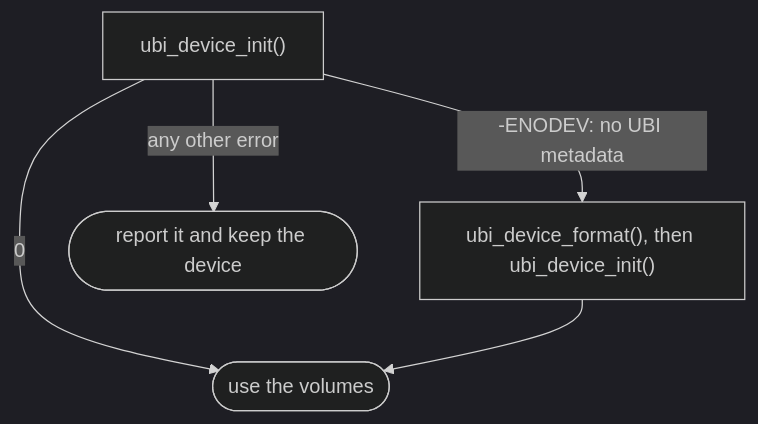
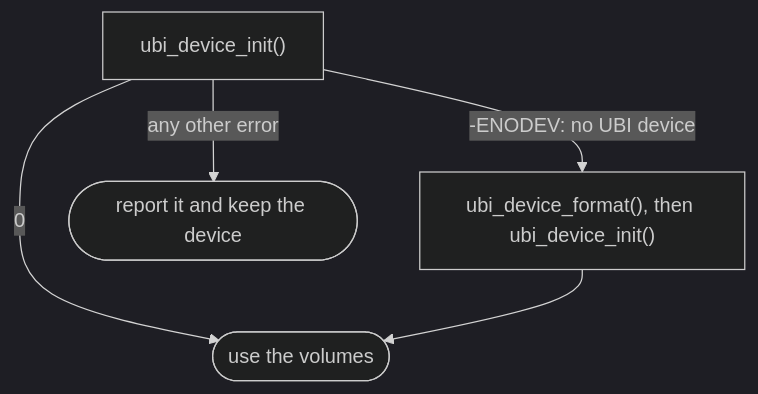
One commit to kamil-kielbasa/zephyr-ubi changed the diagram in docs/examples.md. Above: the diagram before and after it, drawn with Mermaid (dark theme). The commit also changed other lines of this file and 19 other files, not shown here.

````diff
--- a/docs/examples.md
+++ b/docs/examples.md
@@ -68,7 +68,7 @@
 ```mermaid
 flowchart TD
     init["ubi_device_init()"] -->|"0"| use(["use the volumes"])
-    init -->|"-ENODEV: no UBI metadata"| format["ubi_device_format(), then ubi_device_init()"]
+    init -->|"-ENODEV: no UBI device"| format["ubi_device_format(), then ubi_device_init()"]
     format --> use
     init -->|"any other error"| keep(["report it and keep the device"])
 ```
````
